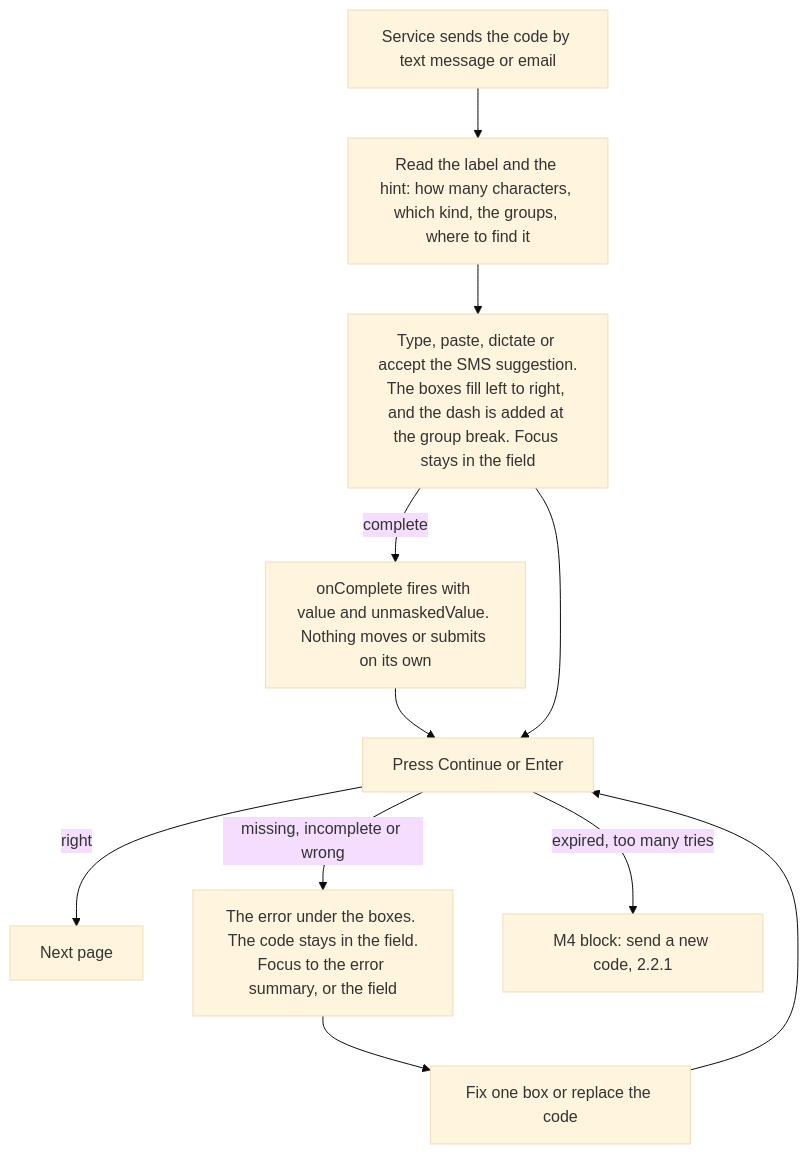
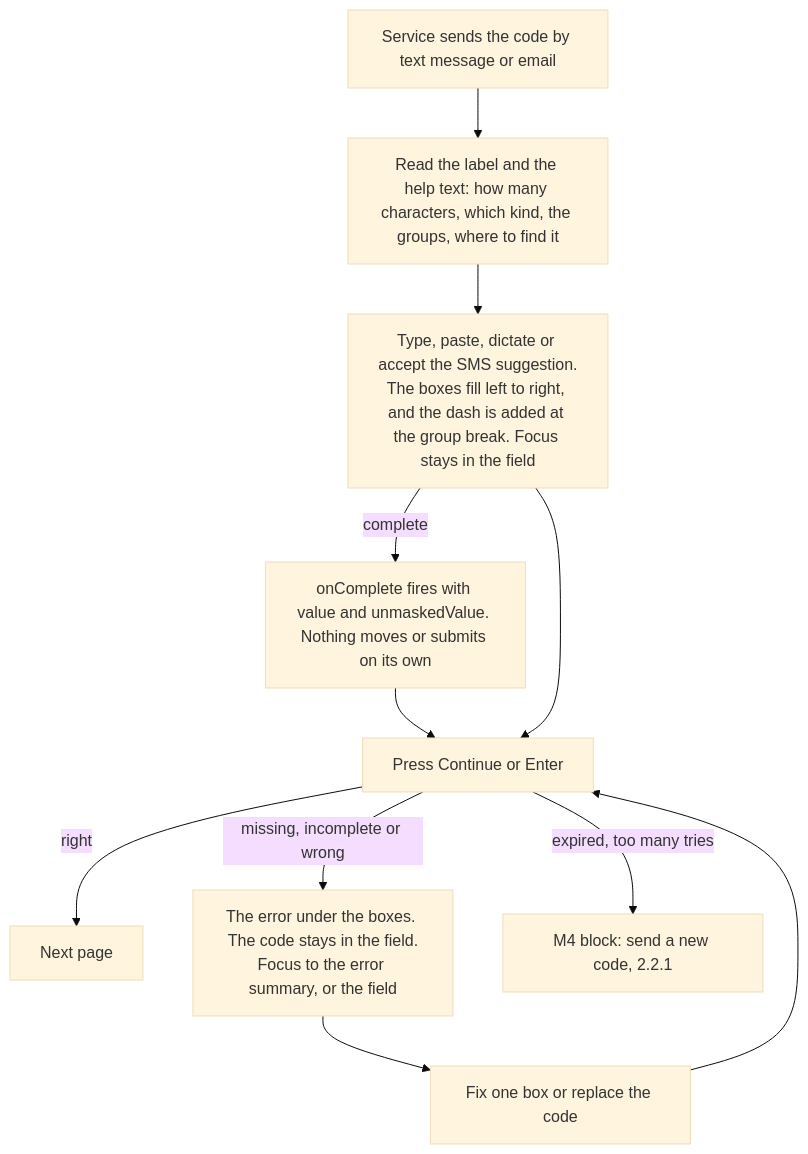
The diagram in docs/design/one-time-code.md (kvirn/ui), drawn with Mermaid (base theme) before and after one commit. The commit also changed other lines of this file and 232 other files, not shown here.

````diff
--- a/docs/design/one-time-code.md
+++ b/docs/design/one-time-code.md
@@ -63,12 +63,12 @@
 ```mermaid
 flowchart TD
-  sent[Service sends the code by text message or email] --> read[Read the label and the hint: how many characters, which kind, the groups, where to find it]
+  sent[Service sends the code by text message or email] --> read[Read the label and the help text: how many characters, which kind, the groups, where to find it]
   read --> enter[Type, paste, dictate or accept the SMS suggestion.<br/>The boxes fill left to right, and the dash is added at the group break. Focus stays in the field]
   enter -->|complete| optional[onComplete fires with value and unmaskedValue. Nothing moves or submits on its own]
   optional --> submit[Press Continue or Enter]
   enter --> submit
   submit -->|right| next[Next page]
   submit -->|missing, incomplete or wrong| error[The error under the boxes. The code stays in the field.<br/>Focus to the error summary, or the field]
   error --> fix[Fix one box or replace the code] --> submit
   submit -->|expired, too many tries| block[M4 block: send a new code, 2.2.1]
 ```
````
